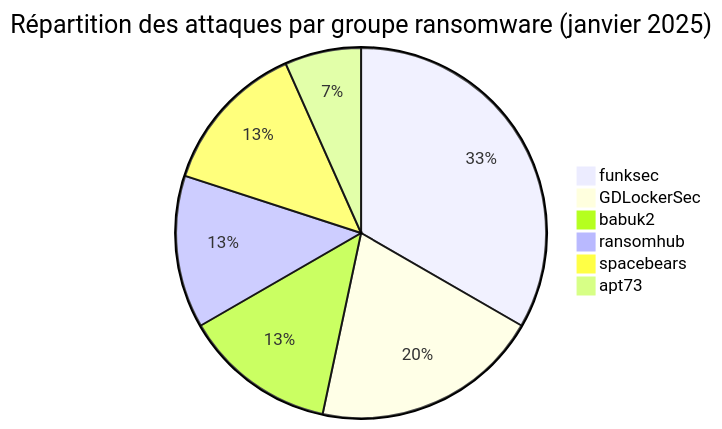
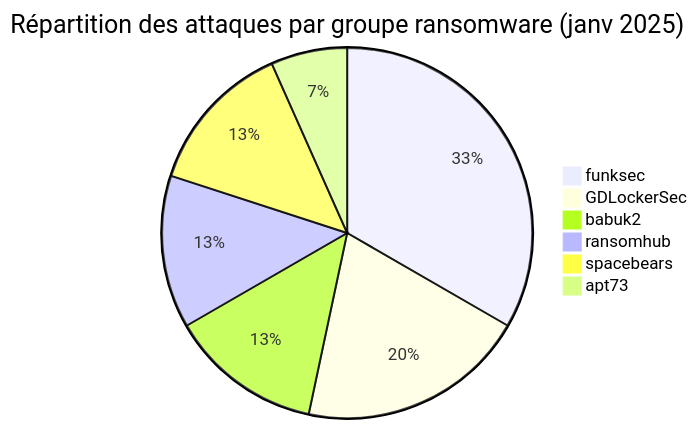
Before and after one commit to Hatchepsoute/AFRINTEL: the first of 5 diagrams in reports/2025/01-january/README_FR.md, drawn with Mermaid. The commit also changed 1 other file, not shown here.

Commit message:
Rapport CTI : Cyberattaques en Afrique

````diff
--- a/reports/2025/01-january/README_FR.md
+++ b/reports/2025/01-january/README_FR.md
@@ -32,9 +32,9 @@
 ```mermaid
-pie title Répartition des attaques par groupe ransomware (janvier 2025)
+pie title Répartition des attaques par groupe ransomware (janv 2025)
     "funksec" : 5
     "GDLockerSec" : 3
     "babuk2" : 2
     "ransomhub" : 2
     "spacebears" : 2
     "apt73" : 1
 ```
````
